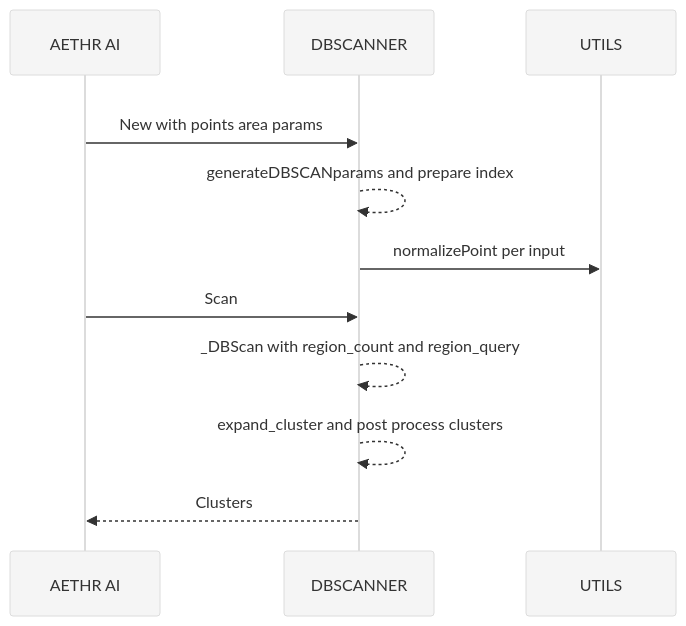
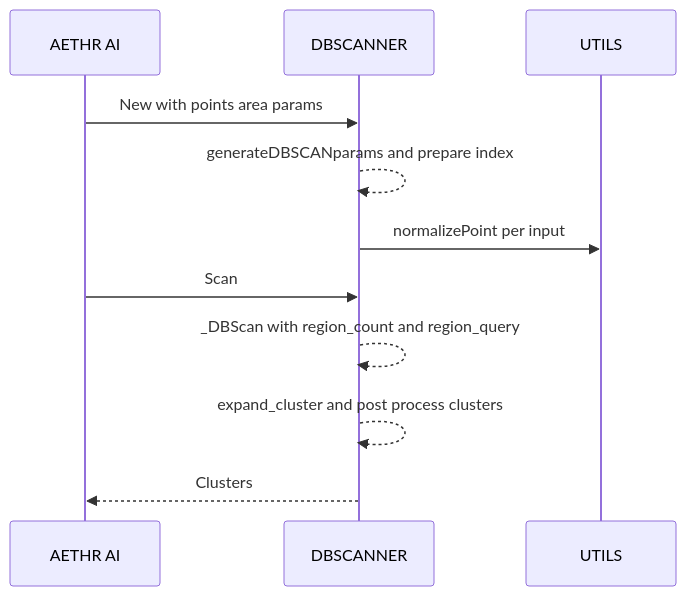
Before and after one commit to Gh0st352/AETHR: diagram 12 of 12 in docs/ai/dbscan.md, drawn with Mermaid. The commit also changed other lines of this file and 20 other files, not shown here.

First line of the commit message:
docs: unify mermaid themes and clarify module graphs

````diff
--- a/docs/ai/dbscan.md
+++ b/docs/ai/dbscan.md
@@ -253,17 +227,14 @@
 ```mermaid
-%%{init: {"theme":"base", "themeVariables": {"primaryColor":"#f5f5f5"}}}%%
+%% shared theme: docs/_mermaid/theme.json %%
 sequenceDiagram
-  %% Add a faint background rect for readability on dark docs background
-  rect rgba(255,255,255,0.75)
-    participant AI as AETHR AI
-    participant DB as DBSCANNER
-    participant U as UTILS
-    AI->>DB: New with points area params
-    DB-->>DB: generateDBSCANparams and prepare index
-    DB->>U: normalizePoint per input
-    AI->>DB: Scan
-    DB-->>DB: _DBScan with region_count and region_query
-    DB-->>DB: expand_cluster and post process clusters
-    DB-->>AI: Clusters
-  end
+  participant AI as AETHR AI
+  participant DB as DBSCANNER
+  participant U as UTILS
+  AI->>DB: New with points area params
+  DB-->>DB: generateDBSCANparams and prepare index
+  DB->>U: normalizePoint per input
+  AI->>DB: Scan
+  DB-->>DB: _DBScan with region_count and region_query
+  DB-->>DB: expand_cluster and post process clusters
+  DB-->>AI: Clusters
 ```
````
